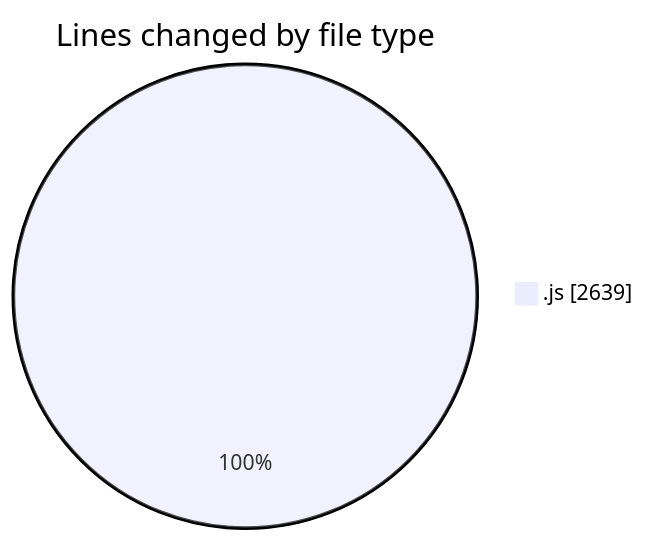
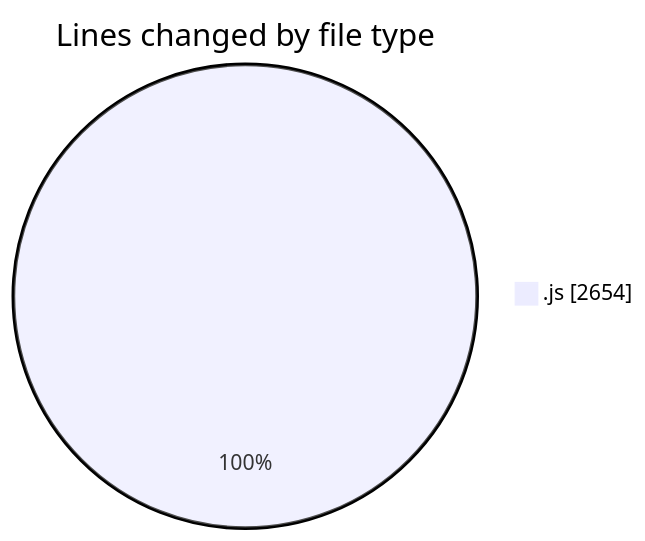
Before and after one commit to nxtqubesakshisongat/code-tracking: the first of 2 diagrams in 2025-10-15/nxtqube_webapp/README.md, drawn with Mermaid. The commit also changed other lines of this file and 1 other file, not shown here.

````diff
--- a/2025-10-15/nxtqube_webapp/README.md
+++ b/2025-10-15/nxtqube_webapp/README.md
@@ -21,5 +21,5 @@
 ```mermaid
 pie showData
 title Lines changed by file type
-".js" : 2639
+".js" : 2654
 ```
````
